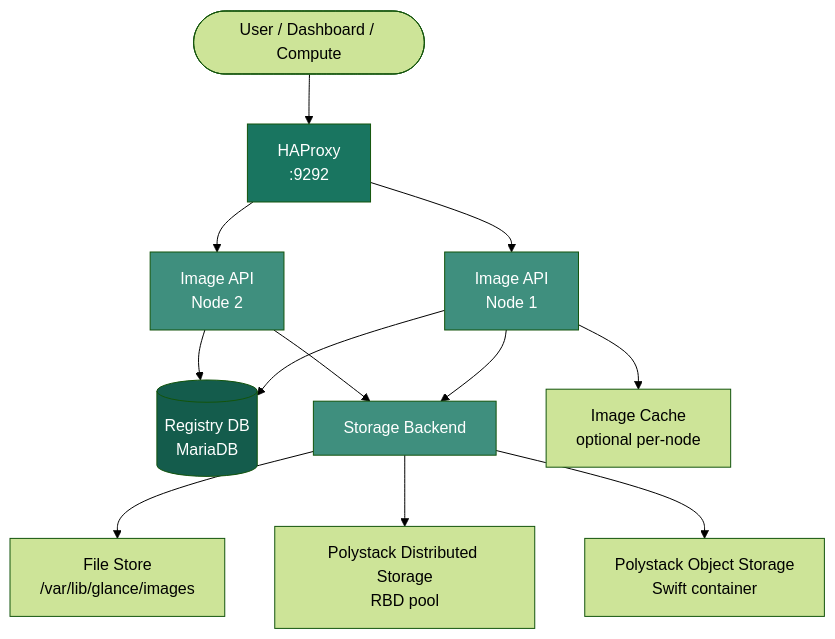
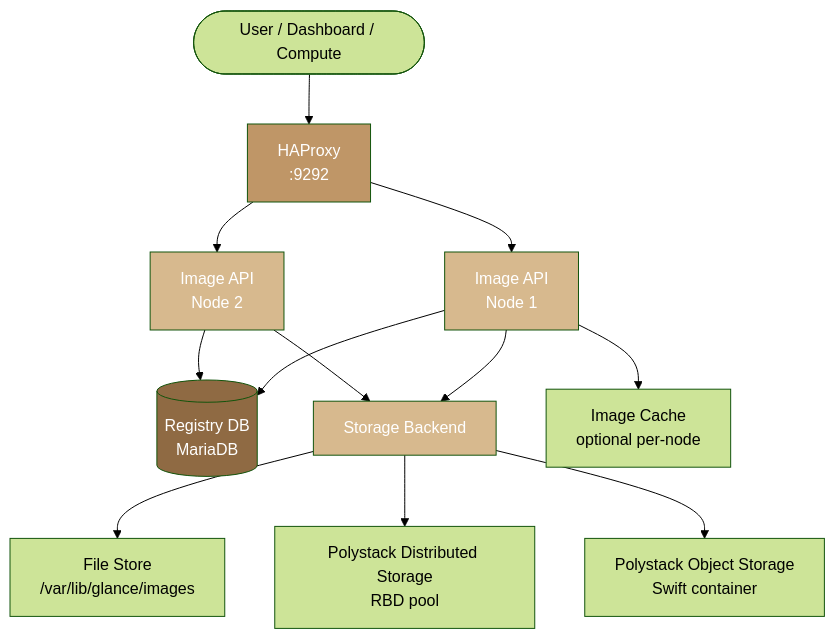
Before and after one commit to ankur-kumar87/docs-polystack: the first of 2 diagrams in services/images/architecture.mdx, drawn with Mermaid (forest theme). The commit also changed other lines of this file and 395 other files, not shown here.

````diff
--- a/services/images/architecture.mdx
+++ b/services/images/architecture.mdx
@@ -23,19 +23,19 @@
 ```mermaid
 graph TD
     U([User / Dashboard / Compute]) --> HAP[HAProxy<br/>:9292]
     HAP --> G1[Image API<br/>Node 1]
     HAP --> G2[Image API<br/>Node 2]
     G1 --> REG[(Registry DB<br/>MariaDB)]
     G2 --> REG
     G1 --> STORE[Storage Backend]
     G2 --> STORE
     STORE --> FILE[File Store<br/>/var/lib/glance/images]
     STORE --> RBD[Polystack Distributed Storage<br/>RBD pool]
     STORE --> SWIFT[Polystack Object Storage<br/>Swift container]
     G1 --> CACHE[Image Cache<br/>optional per-node]
-    style HAP fill:#197560,color:#fff
-    style G1 fill:#3F8F7E,color:#fff
-    style G2 fill:#3F8F7E,color:#fff
-    style REG fill:#145C4C,color:#fff
-    style STORE fill:#3F8F7E,color:#fff
+    style HAP fill:#bf9667,color:#fff
+    style G1 fill:#d7b98e,color:#fff
+    style G2 fill:#d7b98e,color:#fff
+    style REG fill:#8f6a43,color:#fff
+    style STORE fill:#d7b98e,color:#fff
 ```
````
